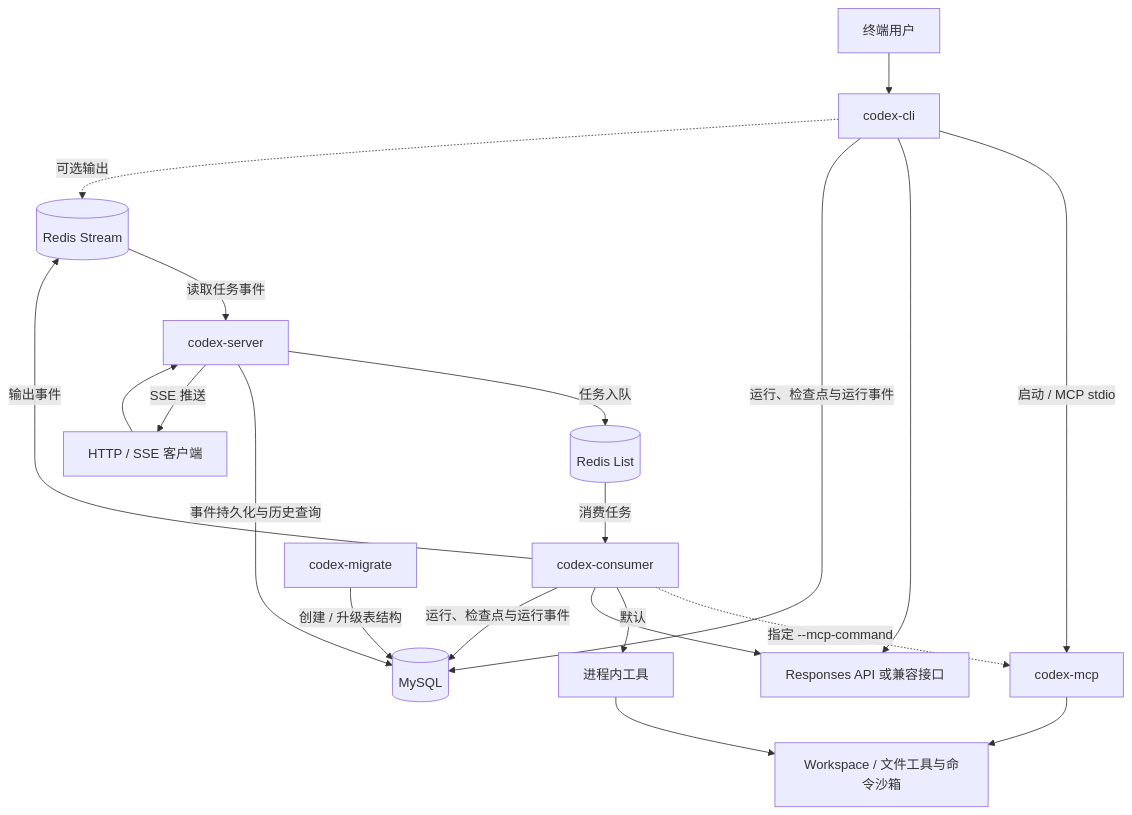
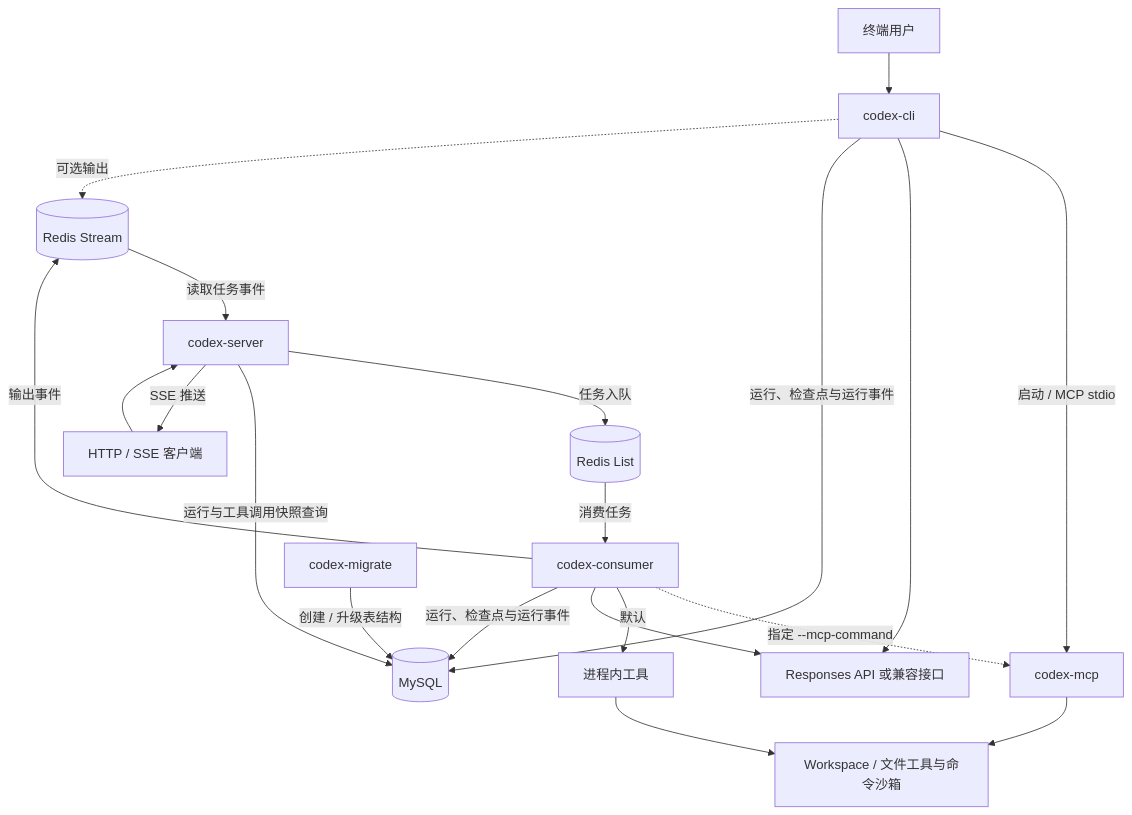
One commit to collie-agent/codex-go changed the second of 2 diagrams in README.md. Above: the diagram before and after it, drawn with Mermaid. The commit also changed other lines of this file and 51 other files, not shown here.

````diff
--- a/README.md
+++ b/README.md
@@ -189,22 +188,22 @@
 ```mermaid
 flowchart TD
     USER["终端用户"] --> CLI["codex-cli"]
     CLIENT["HTTP / SSE 客户端"] --> SERVER["codex-server"]
     SERVER -->|任务入队| QUEUE[("Redis List")]
     QUEUE -->|消费任务| CONSUMER["codex-consumer"]
     CLI -->|启动 / MCP stdio| MCP["codex-mcp"]
     CONSUMER -. "指定 --mcp-command" .-> MCP
     CONSUMER -->|默认| LOCAL["进程内工具"]
     MCP --> WS["Workspace / 文件工具与命令沙箱"]
     LOCAL --> WS
     CLI --> API["Responses API 或兼容接口"]
     CONSUMER --> API
     CLI -->|"运行、检查点与运行事件"| DB[("MySQL")]
     CONSUMER -->|"运行、检查点与运行事件"| DB
-    SERVER -->|事件持久化与历史查询| DB
+    SERVER -->|运行与工具调用快照查询| DB
     MIGRATE["codex-migrate"] -->|创建 / 升级表结构| DB
     CONSUMER -->|输出事件| STREAM[("Redis Stream")]
     CLI -. "可选输出" .-> STREAM
     STREAM -->|读取任务事件| SERVER
     SERVER -->|SSE 推送| CLIENT
 ```
````
